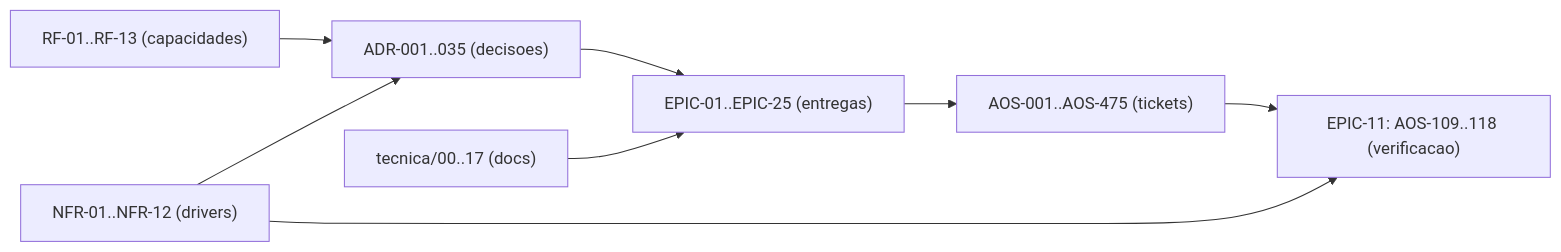
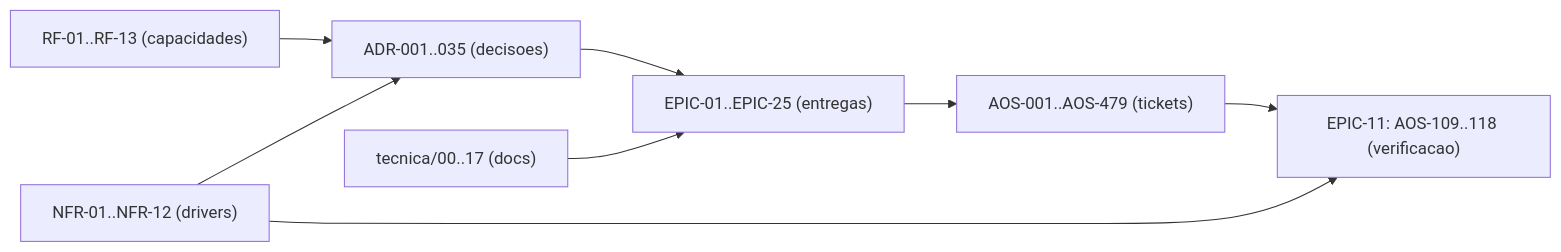
One commit to albinoJimy/aos changed the diagram in tecnica/16_Rastreabilidade_RTM.md. Above: the diagram before and after it, drawn with Mermaid. The commit also changed other lines of this file and 3 other files, not shown here.

````diff
--- a/tecnica/16_Rastreabilidade_RTM.md
+++ b/tecnica/16_Rastreabilidade_RTM.md
@@ -202,10 +202,10 @@
 ```mermaid
 flowchart LR
     RF["RF-01..RF-13 (capacidades)"] --> ADR["ADR-001..035 (decisoes)"]
     NFR["NFR-01..NFR-12 (drivers)"] --> ADR
     ADR --> EPIC["EPIC-01..EPIC-25 (entregas)"]
-    EPIC --> TICK["AOS-001..AOS-475 (tickets)"]
+    EPIC --> TICK["AOS-001..AOS-479 (tickets)"]
     DOC["tecnica/00..17 (docs)"] --> EPIC
     TICK --> TEST["EPIC-11: AOS-109..118 (verificacao)"]
     NFR --> TEST
 ```
````
